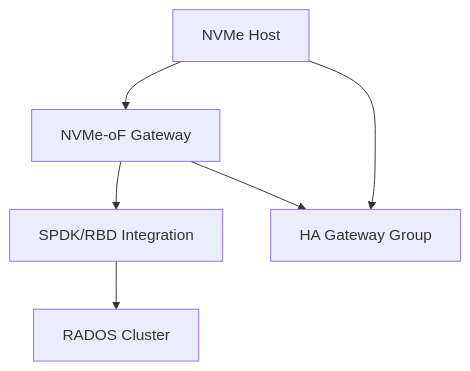
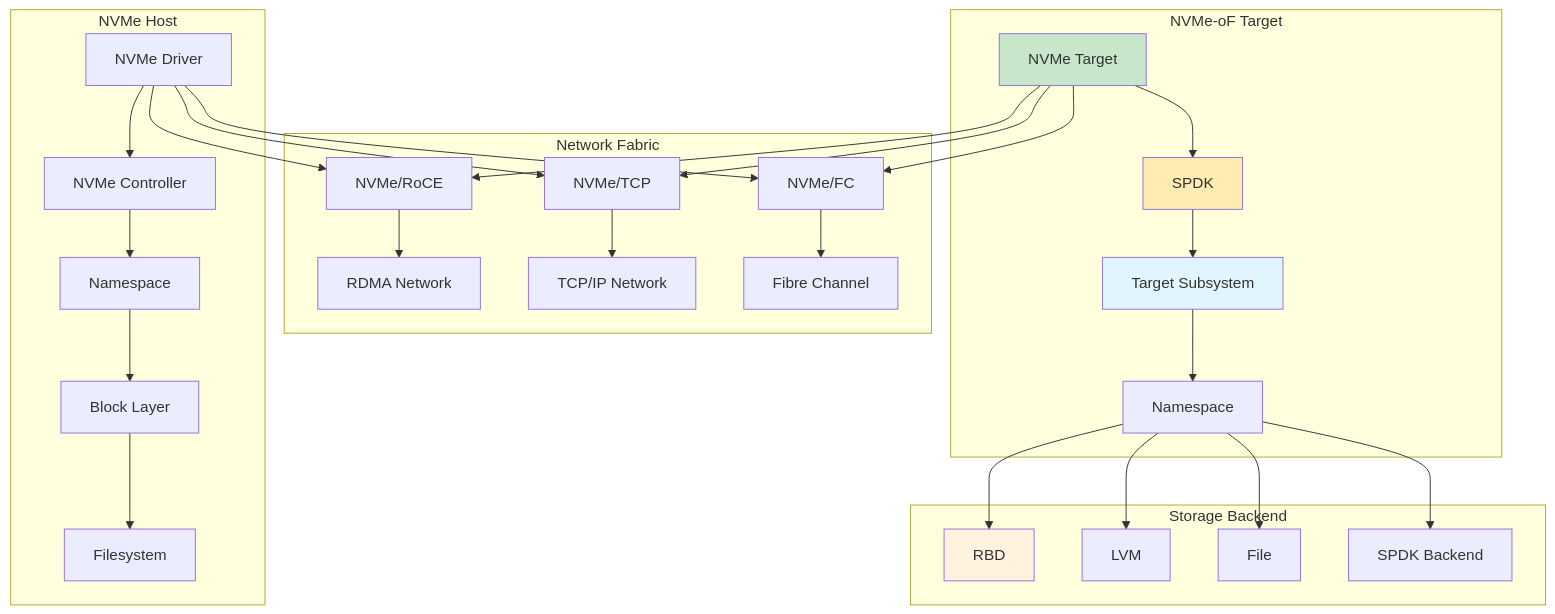
One commit to CrakA2/Linux_HA changed the first of 2 diagrams in docs/storage/nvme-of.md. Above: the diagram before and after it, drawn with Mermaid. The commit also changed other lines of this file and 11 other files, not shown here.

````diff
--- a/docs/storage/nvme-of.md
+++ b/docs/storage/nvme-of.md
@@ -7,8 +7,63 @@
 ```mermaid
 graph TB
-    A[NVMe Host] --> B[NVMe-oF Gateway]
-    B --> C[SPDK/RBD Integration]
-    C --> D[RADOS Cluster]
-    A --> E[TCP/IP or RDMA]
-    B --> E[HA Gateway Group]
+    subgraph "NVMe Host"
+        A[NVMe Driver]
+        B[NVMe Controller]
+        C[Namespace]
+        D[Block Layer]
+        E[Filesystem]
+    end
+    
+    subgraph "Network Fabric"
+        F[NVMe/TCP]
+        G[NVMe/RoCE]
+        H[NVMe/FC]
+        I[RDMA Network]
+        J[TCP/IP Network]
+        K[Fibre Channel]
+    end
+    
+    subgraph "NVMe-oF Target"
+        L[NVMe Target]
+        M[SPDK]
+        N[Target Subsystem]
+        O[Namespace]
+    end
+    
+    subgraph "Storage Backend"
+        P[RBD]
+        Q[LVM]
+        R[File]
+        S[SPDK Backend]
+    end
+    
+    A --> B
+    B --> C
+    C --> D
+    D --> E
+    
+    A --> F
+    A --> G
+    A --> H
+    
+    F --> J
+    G --> I
+    H --> K
+    
+    L --> F
+    L --> G
+    L --> H
+    
+    L --> M
+    M --> N
+    N --> O
+    O --> P
+    O --> Q
+    O --> R
+    O --> S
+    
+    style L fill:#c8e6c9
+    style M fill:#ffecb3
+    style N fill:#e1f5ff
+    style P fill:#fff3e0
 ```
````
